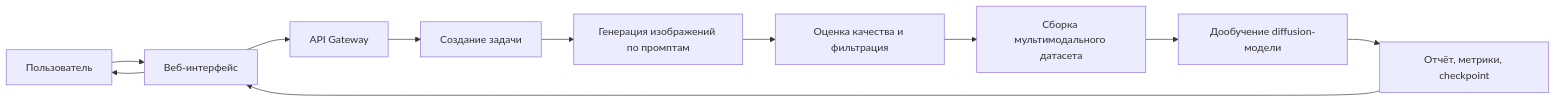
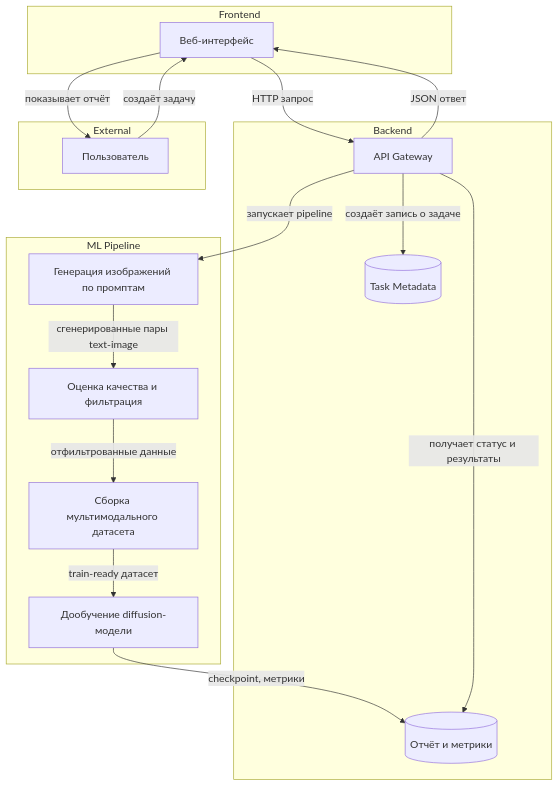
Before and after one commit to infmf323-ops/multimodel_diffusion: the first of 2 diagrams in README.md, drawn with Mermaid.

Commit message:
Refine workflow diagram

````diff
--- a/README.md
+++ b/README.md
@@ -211,13 +211,35 @@
 ```mermaid
-graph LR
-    User[Пользователь] --> UI[Веб-интерфейс]
-    UI --> API[API Gateway]
-    API --> Task[Создание задачи]
-    Task --> Gen[Генерация изображений по промптам]
-    Gen --> Eval[Оценка качества и фильтрация]
-    Eval --> Dataset[Сборка мультимодального датасета]
-    Dataset --> Train[Дообучение diffusion-модели]
-    Train --> Report[Отчёт, метрики, checkpoint]
-    Report --> UI
-    UI --> User
+graph TD
+    subgraph Frontend
+        UI[Веб-интерфейс]
+    end
+
+    subgraph Backend
+        API[API Gateway]
+        Task[(Task Metadata)]
+        Report[(Отчёт и метрики)]
+    end
+
+    subgraph ML Pipeline
+        Gen[Генерация изображений по промптам]
+        Eval[Оценка качества и фильтрация]
+        Dataset[Сборка мультимодального датасета]
+        Train[Дообучение diffusion-модели]
+    end
+
+    subgraph External
+        User[Пользователь]
+    end
+
+    User -->|создаёт задачу| UI
+    UI -->|HTTP запрос| API
+    API -->|создаёт запись о задаче| Task
+    API -->|запускает pipeline| Gen
+    Gen -->|сгенерированные пары text-image| Eval
+    Eval -->|отфильтрованные данные| Dataset
+    Dataset -->|train-ready датасет| Train
+    Train -->|checkpoint, метрики| Report
+    API -->|получает статус и результаты| Report
+    API -->|JSON ответ| UI
+    UI -->|показывает отчёт| User
 ```
````
